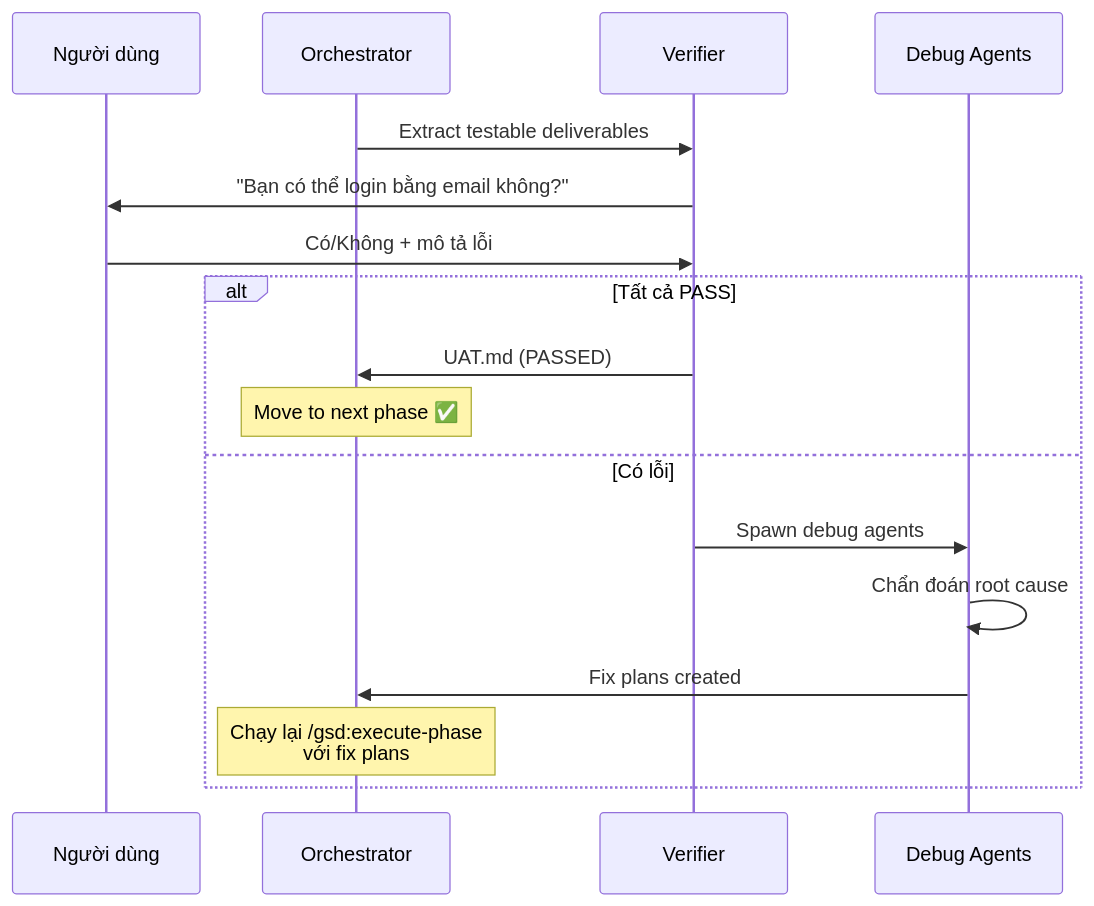
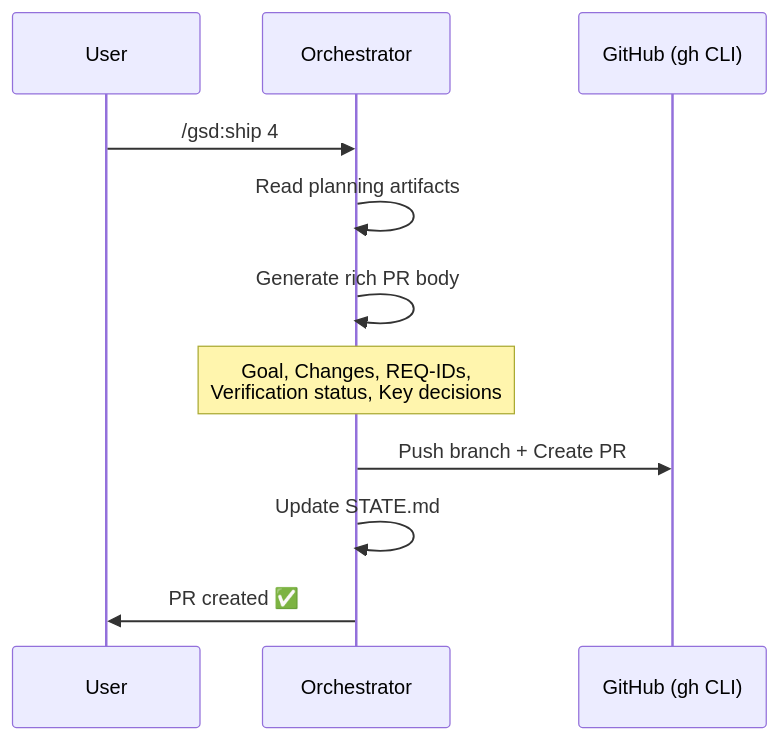
The fifth of 7 diagrams in vn/get-shit-done/1. Architecture and Logic.md (thientranhung/agentic-coding-lab), drawn with Mermaid before and after one commit. The commit also changed other lines of this file and 14 other files, not shown here.

````diff
--- a/vn/get-shit-done/1. Architecture and Logic.md
+++ b/vn/get-shit-done/1. Architecture and Logic.md
@@ -300,21 +213,14 @@
 ```mermaid
 sequenceDiagram
-    participant U as Người dùng
+    participant U as User
     participant O as Orchestrator
-    participant V as Verifier
-    participant D as Debug Agents
+    participant GH as GitHub (gh CLI)
 
-    O->>V: Extract testable deliverables
-    V->>U: "Bạn có thể login bằng email không?"
-    U->>V: Có/Không + mô tả lỗi
-    
-    alt Tất cả PASS
-        V->>O: UAT.md (PASSED)
-        Note over O: Move to next phase ✅
-    else Có lỗi
-        V->>D: Spawn debug agents
-        D->>D: Chẩn đoán root cause
-        D->>O: Fix plans created
-        Note over O: Chạy lại /gsd:execute-phase<br/>với fix plans
-    end
+    U->>O: /gsd:ship 4
+    O->>O: Read planning artifacts
+    O->>O: Generate rich PR body
+    Note over O: Goal, Changes, REQ-IDs,<br/>Verification status, Key decisions
+    O->>GH: Push branch + Create PR
+    O->>O: Update STATE.md
+    O->>U: PR created ✅
 ```
````
